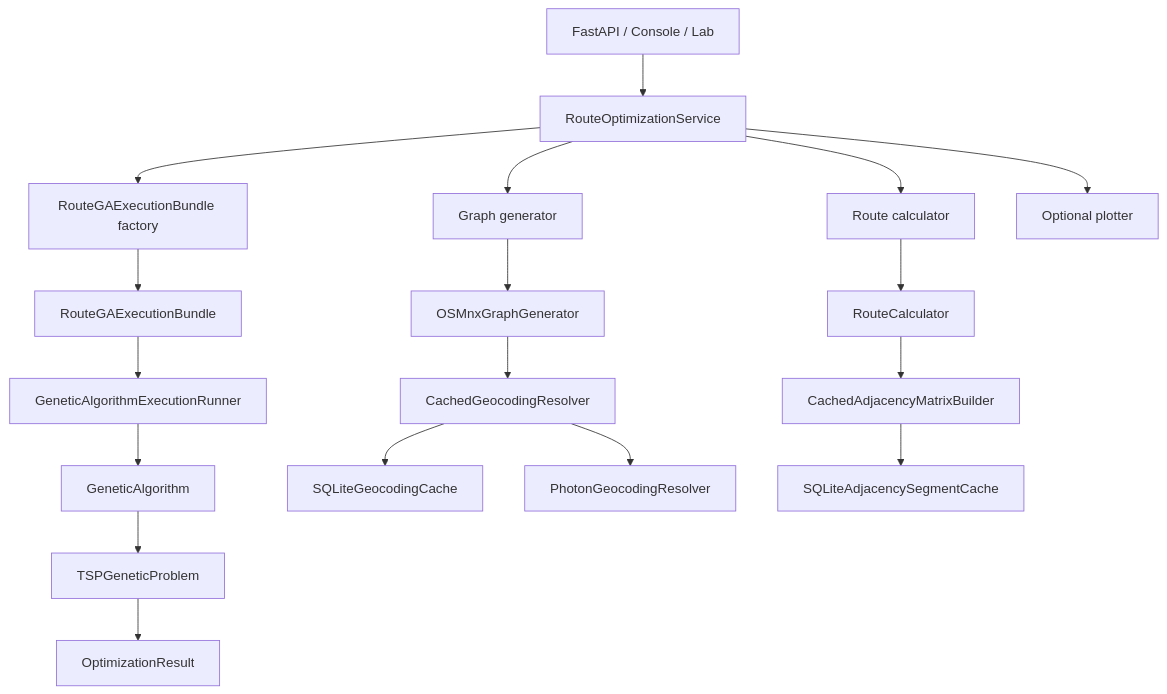
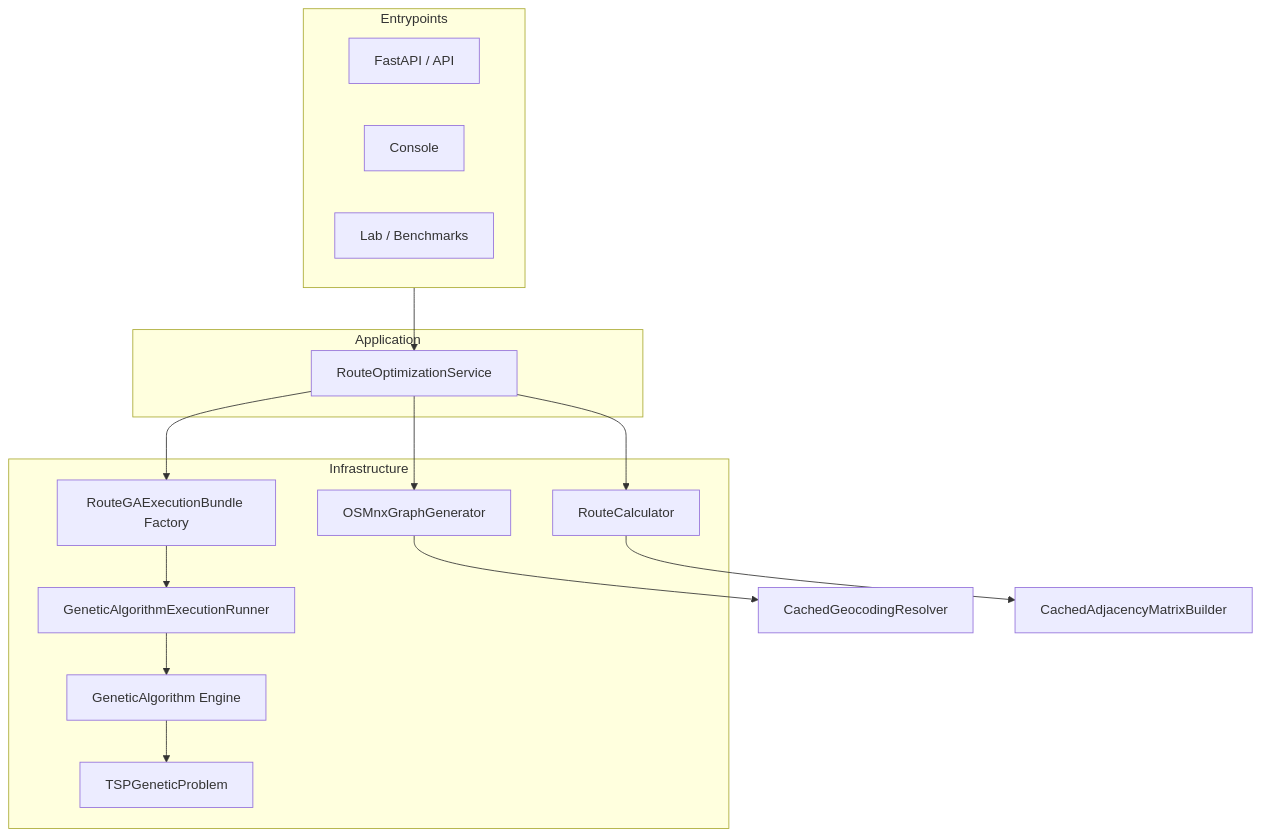
The first of 4 diagrams in architecture.md (luizaaca/api_best_route), drawn with Mermaid before and after one commit. The commit also changed other lines of this file, not shown here.

Commit message:
docs: enhance architecture documentation with flowcharts and sequence diagrams

````diff
--- a/architecture.md
+++ b/architecture.md
@@ -64,23 +66,31 @@
 ```mermaid
-flowchart TD
-    A[FastAPI / Console / Lab] --> B[RouteOptimizationService]
-    B --> C[Graph generator]
-    B --> D[Route calculator]
-    B --> E[RouteGAExecutionBundle factory]
-    B --> F[Optional plotter]
+flowchart TB
+	subgraph Entrypoints
+		API[FastAPI / API]
+		Console[Console]
+		Lab[Lab / Benchmarks]
+	end
 
-    C --> G[OSMnxGraphGenerator]
-    D --> H[RouteCalculator]
-    E --> I[RouteGAExecutionBundle]
-    I --> J[GeneticAlgorithmExecutionRunner]
-    J --> K[GeneticAlgorithm]
-    K --> L[TSPGeneticProblem]
-    L --> M[OptimizationResult]
+	subgraph Application
+		ROSvc[RouteOptimizationService]
+	end
 
-    G --> N[CachedGeocodingResolver]
-    N --> O[SQLiteGeocodingCache]
-    N --> P[PhotonGeocodingResolver]
+	subgraph Infrastructure
+		GraphGen[OSMnxGraphGenerator]
+		RouteCalc[RouteCalculator]
+		BundleFactory[RouteGAExecutionBundle Factory]
+		Runner[GeneticAlgorithmExecutionRunner]
+		GA[GeneticAlgorithm Engine]
+		TSP[TSPGeneticProblem]
+	end
 
-    H --> Q[CachedAdjacencyMatrixBuilder]
-    Q --> R[SQLiteAdjacencySegmentCache]
+	Entrypoints --> ROSvc
+	ROSvc --> GraphGen
+	ROSvc --> RouteCalc
+	ROSvc --> BundleFactory
+	BundleFactory --> Runner
+	Runner --> GA
+	GA --> TSP
+	GraphGen --> CachedGeocode[CachedGeocodingResolver]
+	RouteCalc --> CachedAdjacency[CachedAdjacencyMatrixBuilder]
 ```
````
